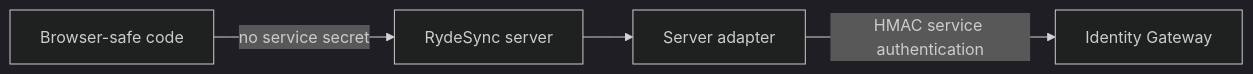
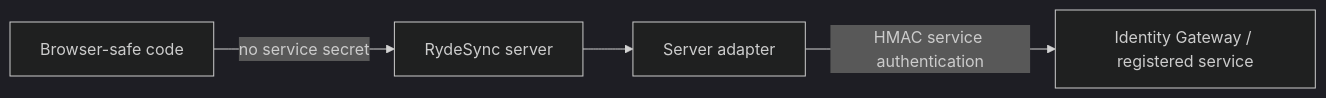
Before and after one commit to aerovista-us/RydeSync: the second of 3 diagrams in docs/AEROCORE_APP_ADAPTER_SCHEMATIC.md, drawn with Mermaid (dark theme). The commit also changed other lines of this file, not shown here.

Commit message:
docs: reconcile AeroCore adapter contract with implemented v0.1

````diff
--- a/docs/AEROCORE_APP_ADAPTER_SCHEMATIC.md
+++ b/docs/AEROCORE_APP_ADAPTER_SCHEMATIC.md
@@ -66,6 +96,6 @@
 ```mermaid
 flowchart LR
   BROWSER[Browser-safe code] -->|no service secret| SERVER[RydeSync server]
   SERVER --> ADAPTER[Server adapter]
-  ADAPTER -->|HMAC service authentication| IDENTITY[Identity Gateway]
+  ADAPTER -->|HMAC service authentication| IDENTITY[Identity Gateway / registered service]
 ```
````
